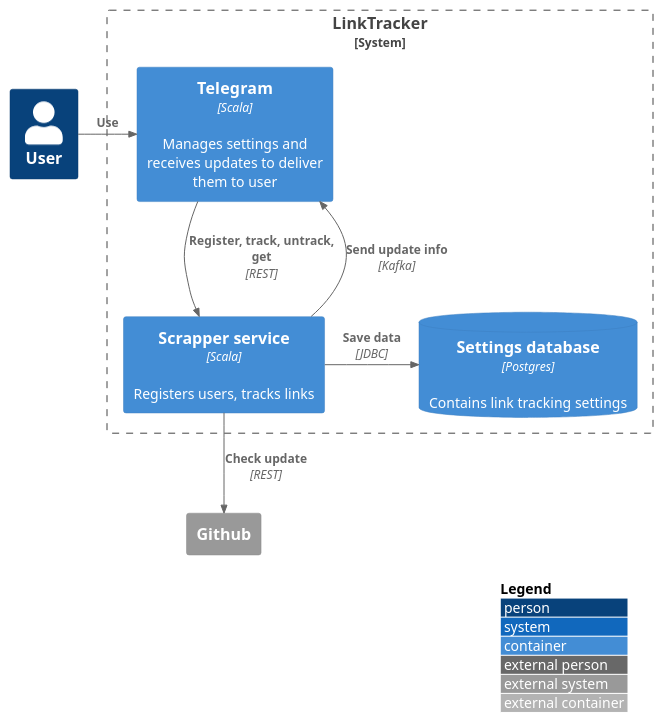
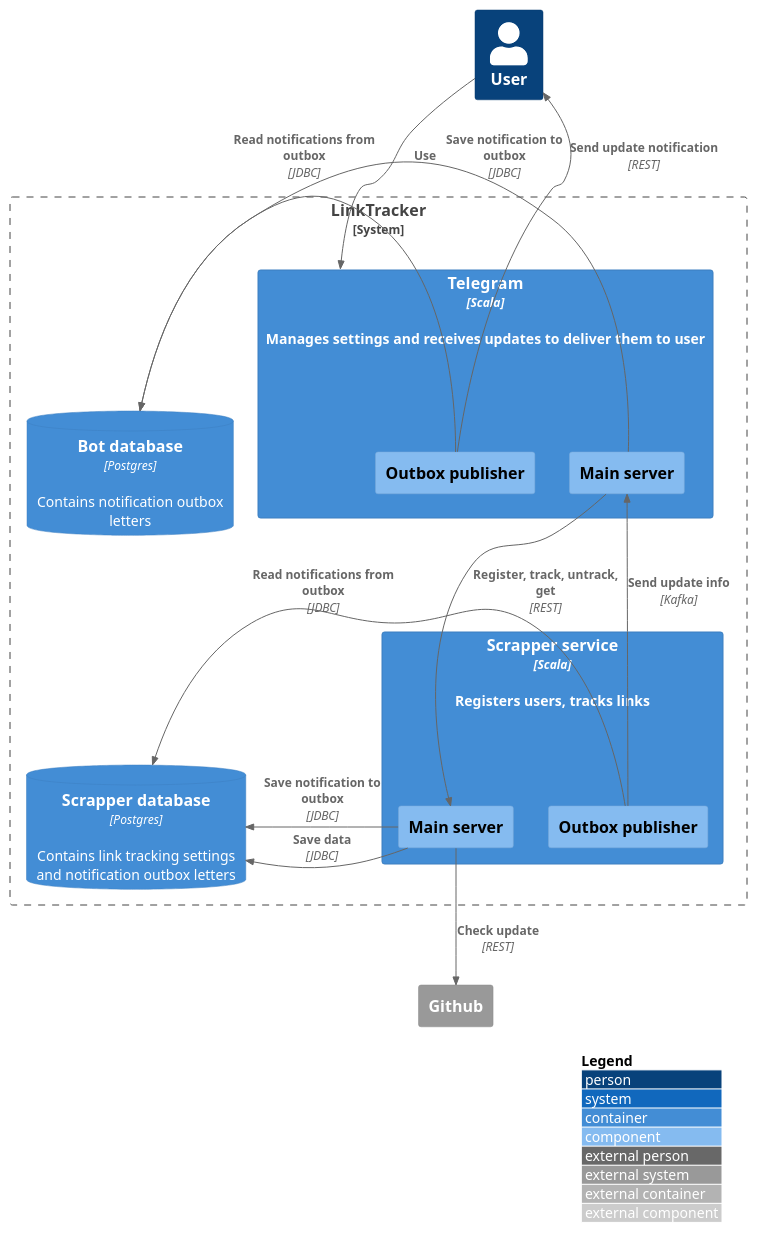
The diagram in architecture.md (JugglypuffM/link-tracker), drawn with PlantUML before and after one commit. The commit also changed 31 other files, not shown here.

````diff
--- a/architecture.md
+++ b/architecture.md
@@ -2,23 +2,35 @@
 ```plantuml
 @startuml
-!include  https://raw.githubusercontent.com/plantuml-stdlib/C4-PlantUML/master/C4_Container.puml
+!include  https://raw.githubusercontent.com/plantuml-stdlib/C4-PlantUML/master/C4_Component.puml
 
 LAYOUT_WITH_LEGEND()
 
 Person(user, "User")
 
-System_Boundary(app, "LinkTracker"){
-  Container(telegram, "Telegram", "Scala", "Manages settings and receives updates to deliver them to user")
-  ContainerDb(database, "Settings database", "Postgres", "Contains link tracking settings")
-  Container(scrapper, "Scrapper service", "Scala", "Registers users, tracks links")
+System_Boundary(app, "LinkTracker") { 
+  Container(bot, "Telegram", "Scala", "Manages settings and receives updates to deliver them to user") {
+    Component(bot_server, "Main server")
+    Component(bot_publisher, "Outbox publisher")
+  }
+  ContainerDb(bot_db, "Bot database", "Postgres", "Contains notification outbox letters")
+  Container(scrapper, "Scrapper service", "Scala", "Registers users, tracks links") {
+    Component(scrapper_server, "Main server")
+    Component(scrapper_publisher, "Outbox publisher")
+  }
+  ContainerDb(scrapper_db, "Scrapper database", "Postgres", "Contains link tracking settings and notification outbox letters")
 }
 
 System_Ext(github, "Github")
 
-Rel_R(user, telegram, "Use")
-Rel_D(telegram, scrapper, "Register, track, untrack, get", "REST")
-Rel_R(scrapper, database, "Save data", "JDBC")
-Rel_D(scrapper, github, "Check update", "REST")
-Rel_U(scrapper, telegram, "Send update info", "Kafka")
+Rel_R(user, bot, "Use")
+Rel_D(bot_server, scrapper_server, "Register, track, untrack, get", "REST")
+Rel_R(scrapper_server, scrapper_db, "Save data", "JDBC")
+Rel_D(scrapper_server, github, "Check update", "REST")
+Rel_R(scrapper_server, scrapper_db, "Save notification to outbox", "JDBC")
+Rel_R(scrapper_publisher, scrapper_db, "Read notifications from outbox", "JDBC")
+Rel_U(scrapper_publisher, bot_server, "Send update info", "Kafka")
+Rel_R(bot_server, bot_db, "Save notification to outbox", "JDBC")
+Rel_R(bot_publisher, bot_db, "Read notifications from outbox", "JDBC")
+Rel_U(bot_publisher, user, "Send update notification", "REST")
 @enduml
 ```
````
